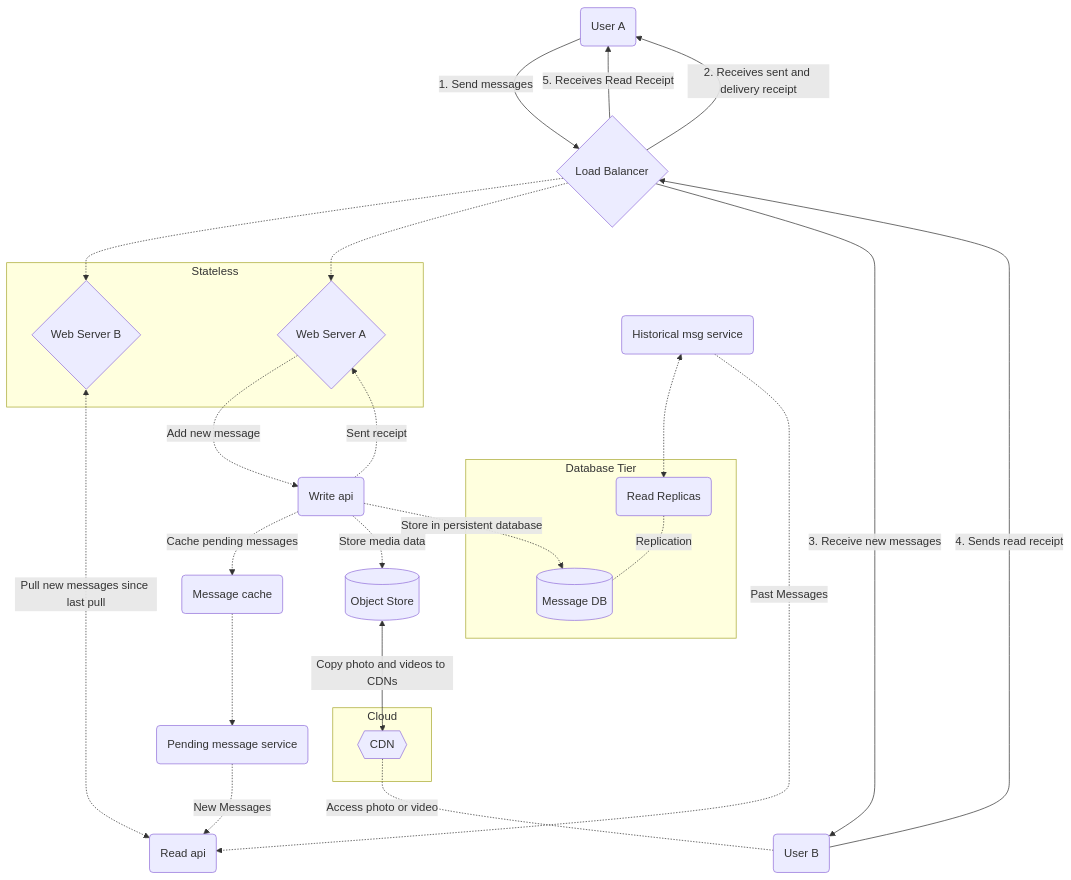
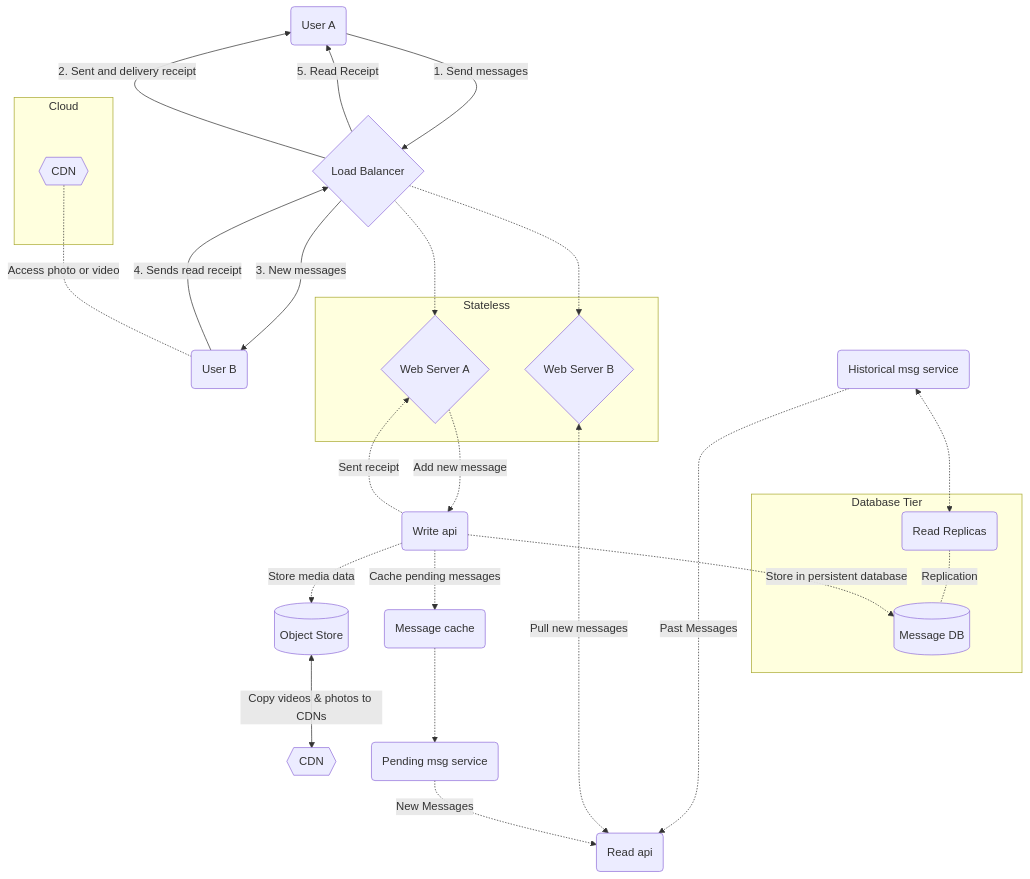
One commit to brpandey/leetcode-notes changed the diagram in chat-design.md. Above: the diagram before and after it, drawn with Mermaid.

Commit message:
Update chat-design.md
Rearranged layout -- by duplicating CDNs to make images bigger

````diff
--- a/chat-design.md
+++ b/chat-design.md
@@ -1,38 +1,38 @@
 ```mermaid
 flowchart TB;
     id1(User A) -- 1. Send messages --> id3{Load Balancer}
     id2(User B) -- 4. Sends read receipt --> id3
     id3 -.-> id4
     id3 -.-> id5
-    id3 -- 5. Receives Read Receipt --> id1
-    id3 -- 2. Receives sent and delivery receipt --> id1
-    id3 -- 3. Receive new messages --> id2
+    id3 -- 5. Read Receipt --> id1
+    id3 -- 2. Sent and delivery receipt --> id1
+    id3 -- 3. New messages --> id2
     subgraph Stateless
         id4{Web Server B}
         id5{Web Server A}
     end
-    id4 <-. Pull new messages since last pull .-> id7
+    id4 <-. Pull new messages .-> id7
     id7(Read api)
     id8(Historical msg service) <-.-> id9
     id8 -. Past Messages .-> id7
     id9(Read Replicas) -. Replication .- id13
-    id10(Pending message service) -. New Messages .-> id7
+    id10(Pending msg service) -. New Messages .-> id7
     id5 -. Add new message .-> id11
     id11(Write api) -. Cache pending messages .-> id12
     id11 -. Store in persistent database .-> id13
     id11 -. Store media data .-> id14
     id11 -. Sent receipt .-> id5
     id12(Message cache) -.-> id10
     id13[(Message DB)]
-    id14[(Object Store)] <-- Copy photo and videos to CDNs--> id15
+    id14[(Object Store)] <-- Copy videos & photos to CDNs--> id15
     id15{{CDN}}
     subgraph Database Tier
       id9
       id13
     end
     subgraph Cloud
-      id15
+      id16{{CDN}}
     end
-    id15 -. Access photo or video .- id2
+    id16 -. Access photo or video .- id2
 
 ```
````
